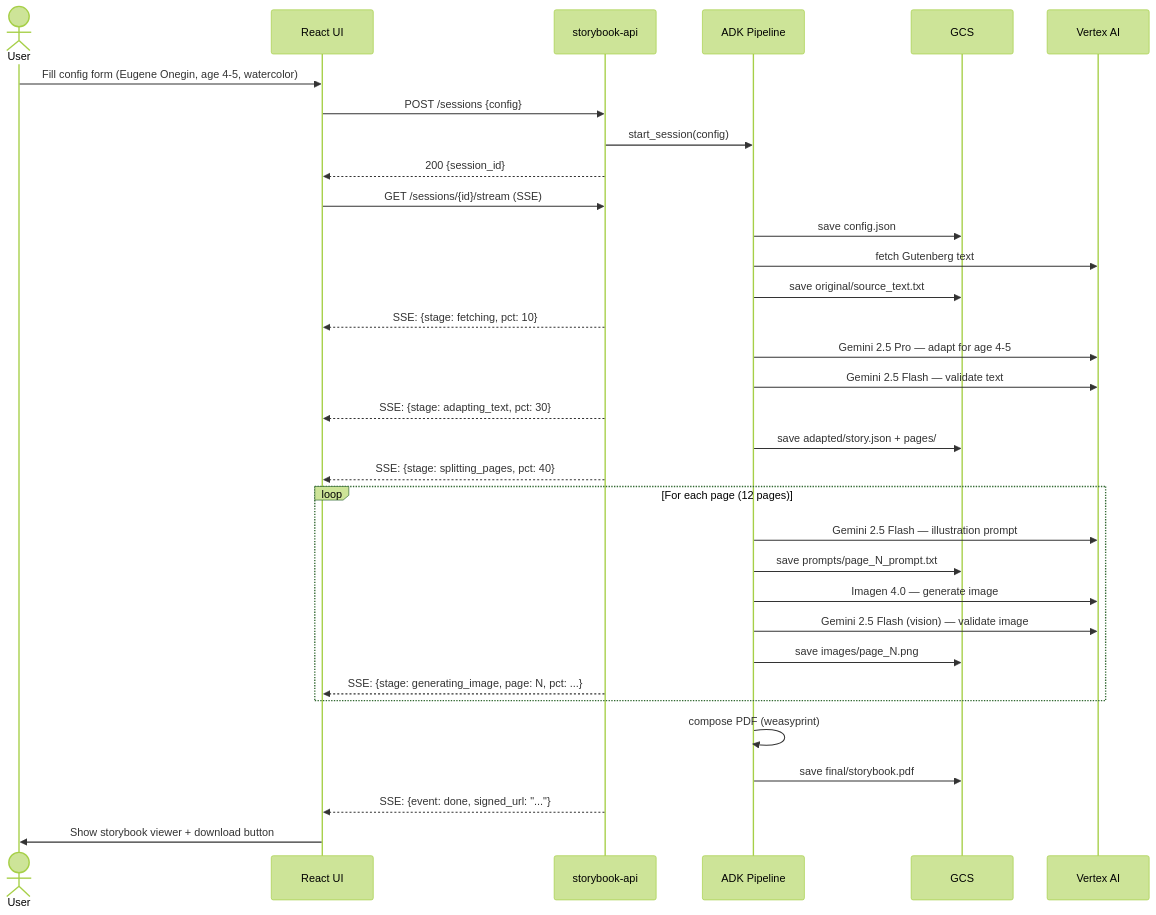
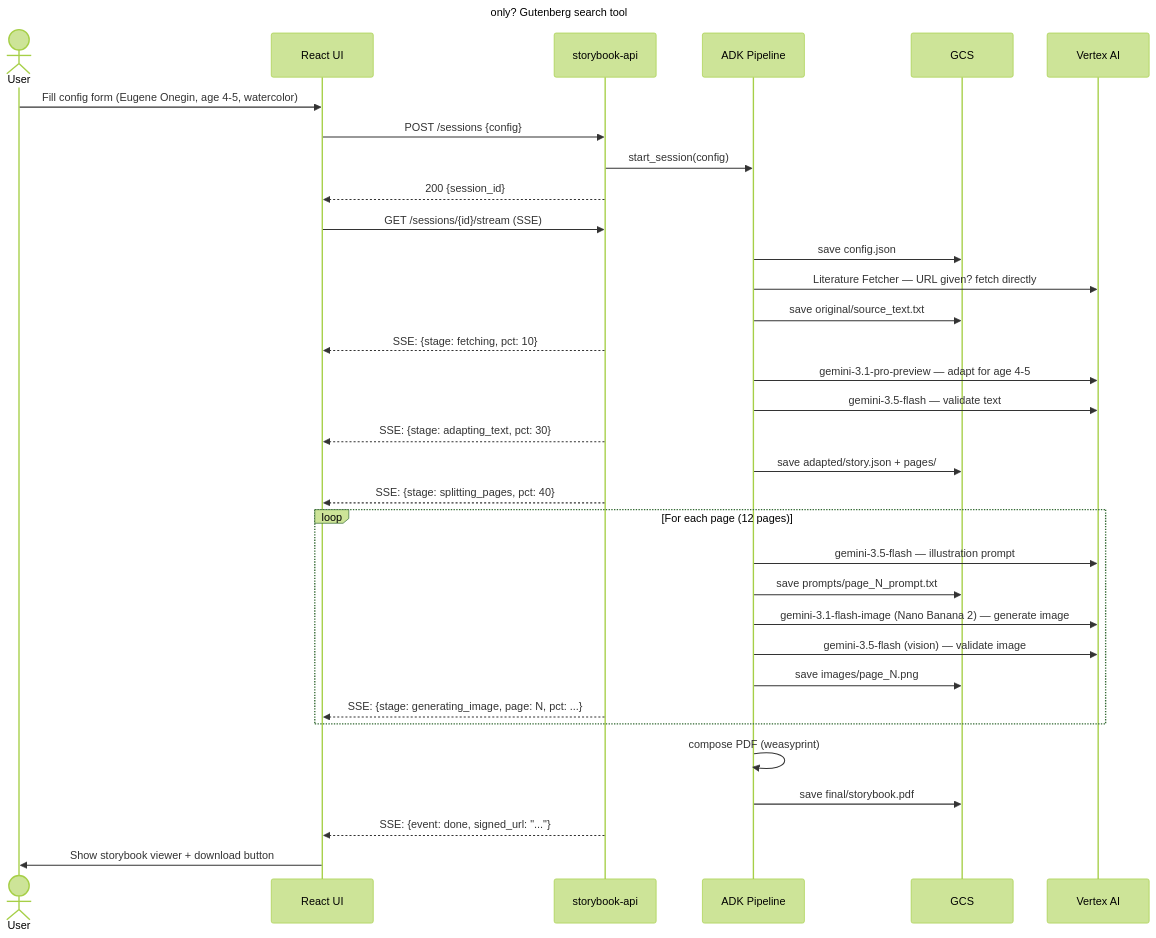
Before and after one commit to arbrown/asp: the fourth of 4 diagrams in docs/architecture/architecture.md, drawn with Mermaid (forest theme). The commit also changed other lines of this file, not shown here.

First line of the commit message:
docs: update to Gemini 3.x models and close three open decisions

````diff
--- a/docs/architecture/architecture.md
+++ b/docs/architecture/architecture.md
@@ -248,41 +248,41 @@
 ```mermaid
 sequenceDiagram
     actor User
     participant UI as React UI
     participant API as storybook-api
     participant Agent as ADK Pipeline
     participant GCS
     participant Vertex as Vertex AI
 
     User->>UI: Fill config form (Eugene Onegin, age 4-5, watercolor)
     UI->>API: POST /sessions {config}
     API->>Agent: start_session(config)
     API-->>UI: 200 {session_id}
     UI->>API: GET /sessions/{id}/stream (SSE)
 
     Agent->>GCS: save config.json
-    Agent->>Vertex: fetch Gutenberg text
+    Agent->>Vertex: Literature Fetcher — URL given? fetch directly; title only? Gutenberg search tool
     Agent->>GCS: save original/source_text.txt
     API-->>UI: SSE: {stage: fetching, pct: 10}
 
-    Agent->>Vertex: Gemini 2.5 Pro — adapt for age 4-5
-    Agent->>Vertex: Gemini 2.5 Flash — validate text
+    Agent->>Vertex: gemini-3.1-pro-preview — adapt for age 4-5
+    Agent->>Vertex: gemini-3.5-flash — validate text
     API-->>UI: SSE: {stage: adapting_text, pct: 30}
 
     Agent->>GCS: save adapted/story.json + pages/
     API-->>UI: SSE: {stage: splitting_pages, pct: 40}
 
     loop For each page (12 pages)
-        Agent->>Vertex: Gemini 2.5 Flash — illustration prompt
+        Agent->>Vertex: gemini-3.5-flash — illustration prompt
         Agent->>GCS: save prompts/page_N_prompt.txt
-        Agent->>Vertex: Imagen 4.0 — generate image
-        Agent->>Vertex: Gemini 2.5 Flash (vision) — validate image
+        Agent->>Vertex: gemini-3.1-flash-image (Nano Banana 2) — generate image
+        Agent->>Vertex: gemini-3.5-flash (vision) — validate image
         Agent->>GCS: save images/page_N.png
         API-->>UI: SSE: {stage: generating_image, page: N, pct: ...}
     end
 
     Agent->>Agent: compose PDF (weasyprint)
     Agent->>GCS: save final/storybook.pdf
     API-->>UI: SSE: {event: done, signed_url: "..."}
     UI->>User: Show storybook viewer + download button
 ```
````
